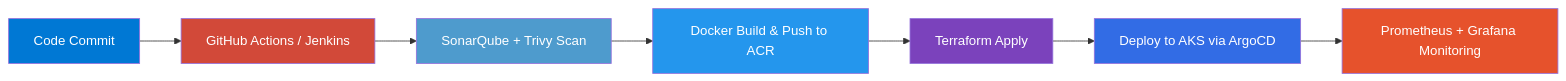
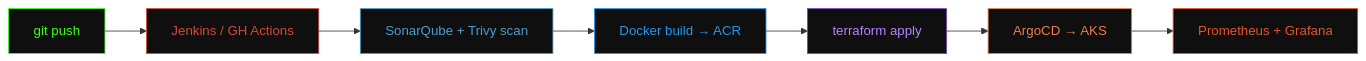
Before and after one commit to AbhayShukla1907/AbhayShukla1907: the diagram in readme.md, drawn with Mermaid. The commit also changed other lines of this file, not shown here.

````diff
--- a/readme.md
+++ b/readme.md
@@ -84,16 +91,17 @@
 ```mermaid
 graph LR
-    A[Code Commit] --> B[GitHub Actions / Jenkins]
-    B --> C[SonarQube + Trivy Scan]
-    C --> D[Docker Build & Push to ACR]
-    D --> E[Terraform Apply]
-    E --> F[Deploy to AKS via ArgoCD]
-    F --> G[Prometheus + Grafana Monitoring]
-    style A fill:#0078D4,color:#fff
-    style B fill:#D24939,color:#fff
-    style C fill:#4E9BCD,color:#fff
-    style D fill:#2496ED,color:#fff
-    style E fill:#7B42BC,color:#fff
-    style F fill:#326CE5,color:#fff
-    style G fill:#E6522C,color:#fff
+    A["git push"] --> B["Jenkins / GH Actions"]
+    B --> C["SonarQube + Trivy scan"]
+    C --> D["Docker build → ACR"]
+    D --> E["terraform apply"]
+    E --> F["ArgoCD → AKS"]
+    F --> G["Prometheus + Grafana"]
+
+    style A fill:#0F0F0F,stroke:#39FF14,color:#39FF14
+    style B fill:#0F0F0F,stroke:#D24939,color:#D24939
+    style C fill:#0F0F0F,stroke:#4E9BCD,color:#4E9BCD
+    style D fill:#0F0F0F,stroke:#2496ED,color:#2496ED
+    style E fill:#0F0F0F,stroke:#7B42BC,color:#B583FF
+    style F fill:#0F0F0F,stroke:#EF7B4D,color:#EF7B4D
+    style G fill:#0F0F0F,stroke:#E6522C,color:#E6522C
 ```
````
